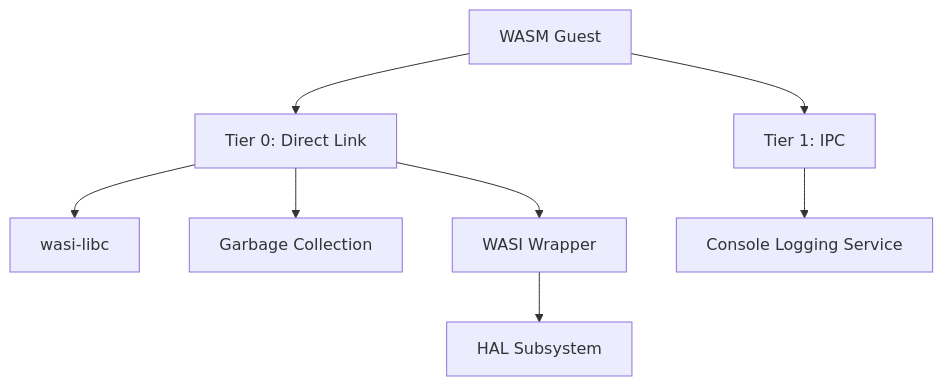
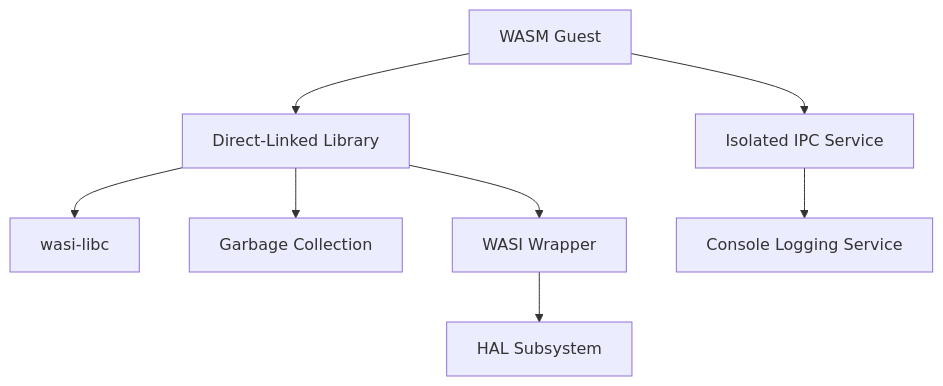
One commit to kmt-t/fireball changed the first of 3 diagrams in docs/components/tier1_interface/system_service.md. Above: the diagram before and after it, drawn with Mermaid. The commit also changed other lines of this file and 1 other file, not shown here.

Commit message:
docs(service): align service isolation terminology and fix sequence diagram in Track 3

````diff
--- a/docs/components/tier1_interface/system_service.md
+++ b/docs/components/tier1_interface/system_service.md
@@ -17,10 +17,10 @@
 ```mermaid
 graph TD
-    Guest[WASM Guest] --> T0[Tier 0: Direct Link]
-    Guest --> T1[Tier 1: IPC]
-    T0 --> libc[wasi-libc]
-    T0 --> GC[Garbage Collection]
-    T0 --> WASI[WASI Wrapper]
-    T1 --> Something[Console Logging Service]
+    Guest[WASM Guest] --> Direct[Direct-Linked Library]
+    Guest --> IPCService[Isolated IPC Service]
+    Direct --> libc[wasi-libc]
+    Direct --> GC[Garbage Collection]
+    Direct --> WASI[WASI Wrapper]
+    IPCService --> Console[Console Logging Service]
     WASI --> HAL[HAL Subsystem]
 ```
````
